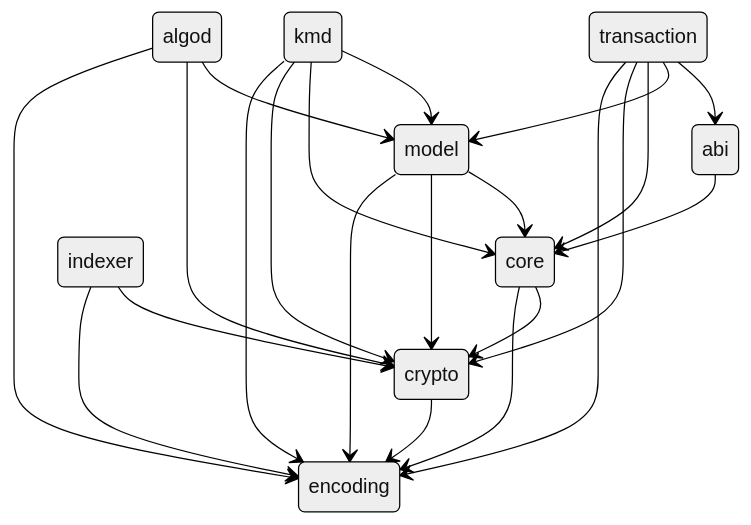
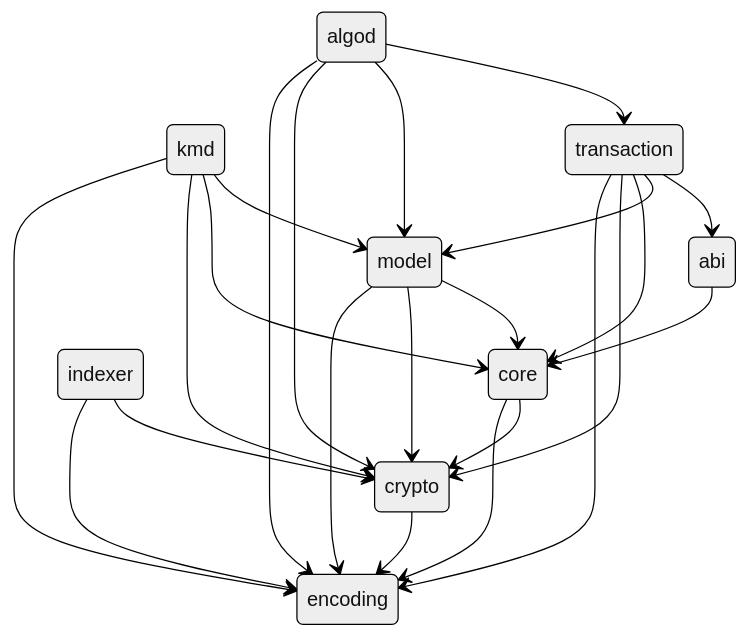
The diagram in CONTRIBUTING.md (manuelmauro/algonaut), drawn with Mermaid (neutral theme) before and after one commit.

Commit message:
docs(contributing): add missing algod -> transaction dependency edge (#277)

````diff
--- a/CONTRIBUTING.md
+++ b/CONTRIBUTING.md
@@ -38,24 +38,25 @@
 ```mermaid
 stateDiagram-v2
     algod --> encoding
     core --> encoding
     crypto --> encoding
     indexer --> encoding
     kmd --> encoding
     model --> encoding
     transaction --> encoding
     algod --> crypto
     indexer --> crypto
     core --> crypto
     kmd --> crypto
     model --> crypto
     transaction --> crypto
     abi --> core
     kmd --> core
     model --> core
     transaction --> core
     algod --> model
     kmd --> model
     transaction --> model
     transaction --> abi
+    algod --> transaction
 ```
````
